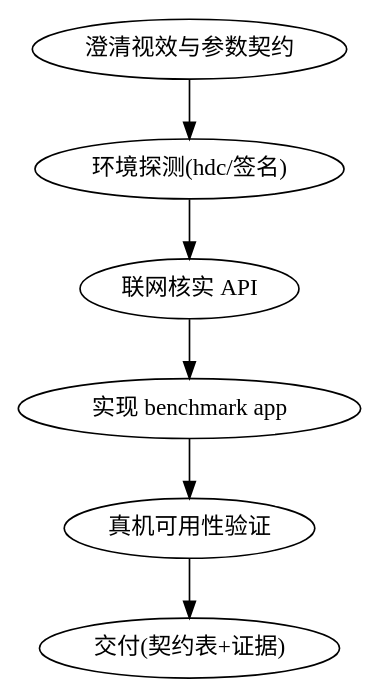
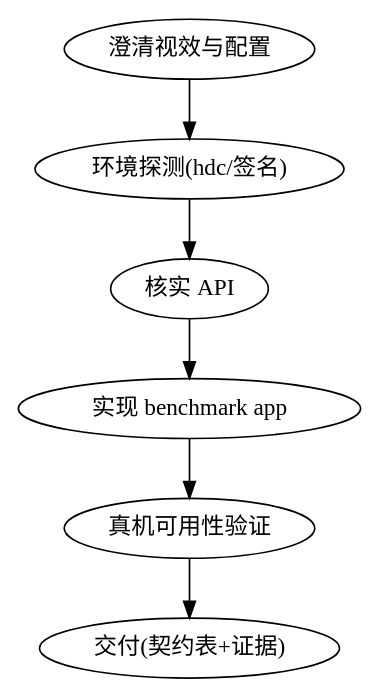
The diagram in harmony-vfx-bench/SKILL.md (youtubezou/harmony-app-visual-creator), drawn with Graphviz before and after one commit. The commit also changed other lines of this file and 94 other files, not shown here.

````diff
--- a/harmony-vfx-bench/SKILL.md
+++ b/harmony-vfx-bench/SKILL.md
@@ -40,9 +47,9 @@
 ```dot
 digraph bench_workflow {
-  "澄清视效与参数契约" -> "环境探测(hdc/签名)";
-  "环境探测(hdc/签名)" -> "联网核实 API";
-  "联网核实 API" -> "实现 benchmark app";
+  "澄清视效与配置" -> "环境探测(hdc/签名)";
+  "环境探测(hdc/签名)" -> "核实 API";
+  "核实 API" -> "实现 benchmark app";
   "实现 benchmark app" -> "真机可用性验证";
   "真机可用性验证" -> "交付(契约表+证据)";
 }
 ```
````
